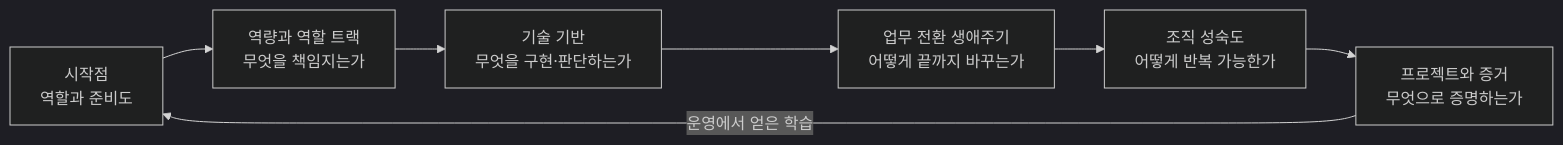
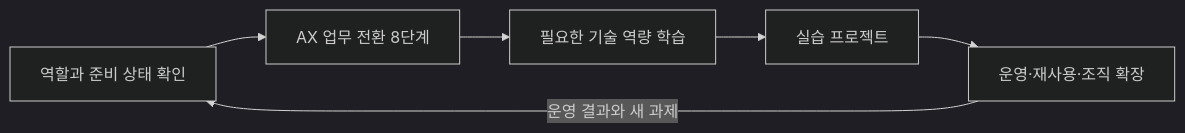
Before and after one commit to woogi-kang/ax-engineer-roadmap: the diagram in README.md, drawn with Mermaid (dark theme). The commit also changed other lines of this file and 91 other files, not shown here.

Commit message:
docs: make the roadmap AX Engineer focused

````diff
--- a/README.md
+++ b/README.md
@@ -56,9 +31,8 @@
 ```mermaid
 flowchart LR
-    A["시작점<br/>역할과 준비도"] --> B["역량과 역할 트랙<br/>무엇을 책임지는가"]
-    B --> C["기술 기반<br/>무엇을 구현·판단하는가"]
-    C --> D["업무 전환 생애주기<br/>어떻게 끝까지 바꾸는가"]
-    D --> E["조직 성숙도<br/>어떻게 반복 가능한가"]
-    E --> F["프로젝트와 증거<br/>무엇으로 증명하는가"]
-    F -->|"운영에서 얻은 학습"| A
+    A["역할과 준비 상태 확인"] --> B["AX 업무 전환 8단계"]
+    B --> C["필요한 기술 역량 학습"]
+    C --> D["실습 프로젝트"]
+    D --> E["운영·재사용·조직 확장"]
+    E -->|"운영 결과와 새 과제"| A
 ```
````
